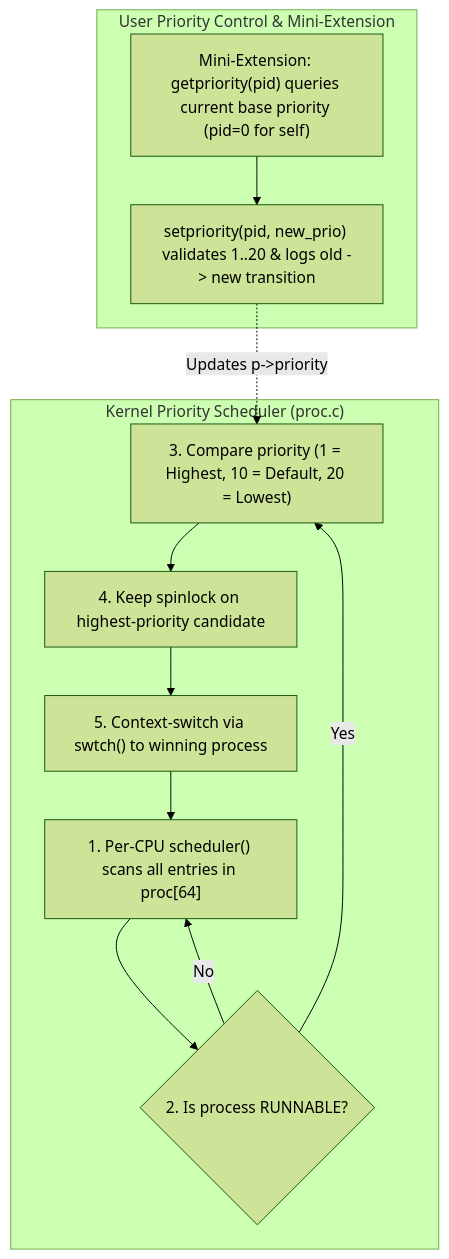
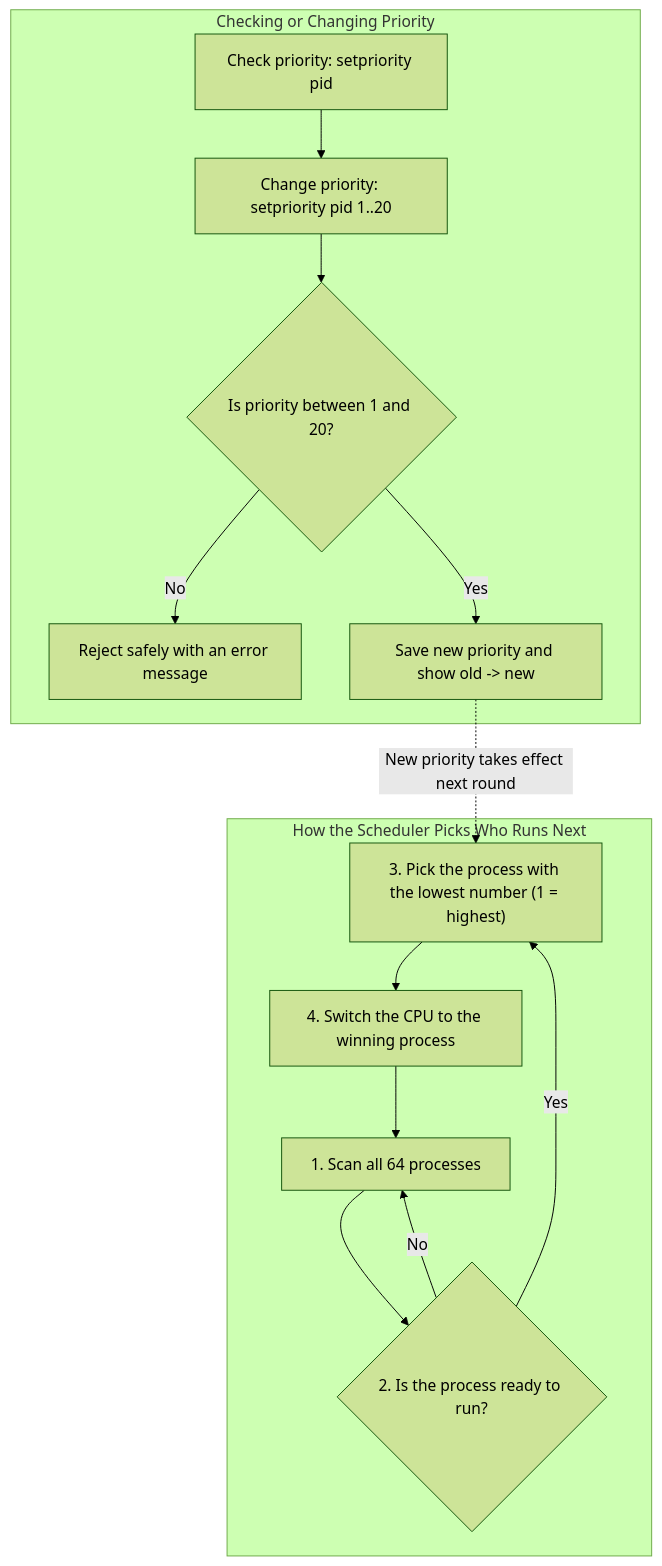
One commit to asbahkhan67-ctrl/xv6-riscv changed the third of 21 diagrams in README.md. Above: the diagram before and after it, drawn with Mermaid (forest theme). The commit also changed other lines of this file and 159 other files, not shown here.

````diff
--- a/README.md
+++ b/README.md
@@ -217,21 +222,19 @@
 ```mermaid
 flowchart TD
-    subgraph Config["User Priority Control & Mini-Extension"]
-        P_GET["Mini-Extension: getpriority(pid) queries current base priority (pid=0 for self)"]
-        P_SET["setpriority(pid, new_prio) validates 1..20 & logs old -> new transition"]
-        P_GET --> P_SET
+    subgraph UserControl["Checking or Changing Priority"]
+        U1["Check priority: setpriority pid"] --> U2["Change priority: setpriority pid 1..20"]
+        U2 --> U3{"Is priority between 1 and 20?"}
+        U3 -- "No" --> U4["Reject safely with an error message"]
+        U3 -- "Yes" --> U5["Save new priority and show old -> new"]
     end
 
-    subgraph Sched["Kernel Priority Scheduler (proc.c)"]
-        S1["1. Per-CPU scheduler() scans all entries in proc[64]"]
-        S2{"2. Is process RUNNABLE?"}
-        S3["3. Compare priority (1 = Highest, 10 = Default, 20 = Lowest)"]
-        S4["4. Keep spinlock on highest-priority candidate"]
-        S5["5. Context-switch via swtch() to winning process"]
+    subgraph Scheduler["How the Scheduler Picks Who Runs Next"]
+        S1["1. Scan all 64 processes"] --> S2{"2. Is the process ready to run?"}
+        S2 -- "No" --> S1
+        S2 -- "Yes" --> S3["3. Pick the process with the lowest number (1 = highest)"]
+        S3 --> S4["4. Switch the CPU to the winning process"]
+        S4 --> S1
     end
 
-    P_SET -. "Updates p->priority" .-> S3
-    S1 --> S2
-    S2 -- "No" --> S1
-    S2 -- "Yes" --> S3 --> S4 --> S5 --> S1
+    U5 -. "New priority takes effect next round" .-> S3
 ```
````
